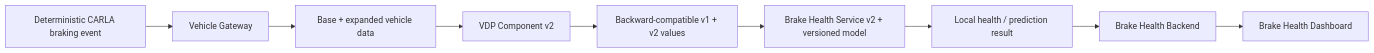
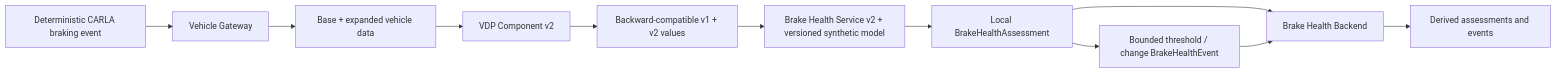
One commit to alexmaninblack/aosedge-sdv-demo changed diagram 13 of 20 in docs/architecture/demo-scenario-architecture-flows.md. Above: the diagram before and after it, drawn with Mermaid. The commit also changed other lines of this file and 24 other files, not shown here.

Commit message:
docs: define Brake Health service evolution

````diff
--- a/docs/architecture/demo-scenario-architecture-flows.md
+++ b/docs/architecture/demo-scenario-architecture-flows.md
@@ -705,9 +716,12 @@
 ```mermaid
 flowchart LR
     SCENE["Deterministic CARLA braking event"] --> GW["Vehicle Gateway"]
     GW --> VISS["Base + expanded vehicle data"]
     VISS --> P2["VDP Component v2"] --> KUKSA["Backward-compatible v1 + v2 values"]
-    KUKSA --> S2["Brake Health Service v2 + versioned model"]
-    S2 --> RESULT["Local health / prediction result"]
-    RESULT --> BE["Brake Health Backend"] --> BD["Brake Health Dashboard"]
+    KUKSA --> S2["Brake Health Service v2 + versioned synthetic model"]
+    S2 --> RESULT["Local BrakeHealthAssessment"]
+    RESULT --> EVENT["Bounded threshold / change BrakeHealthEvent"]
+    RESULT --> BE["Brake Health Backend"]
+    EVENT --> BE
+    BE --> BD["Derived assessments and events"]
 ```
````
